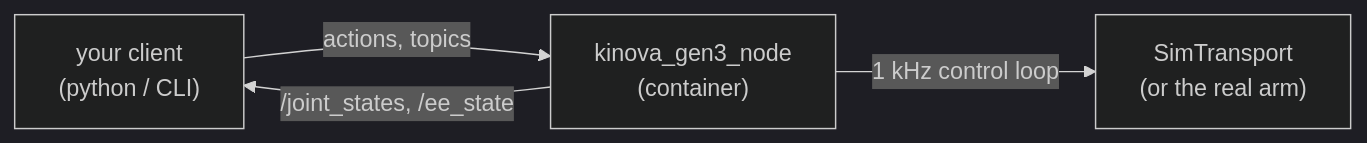
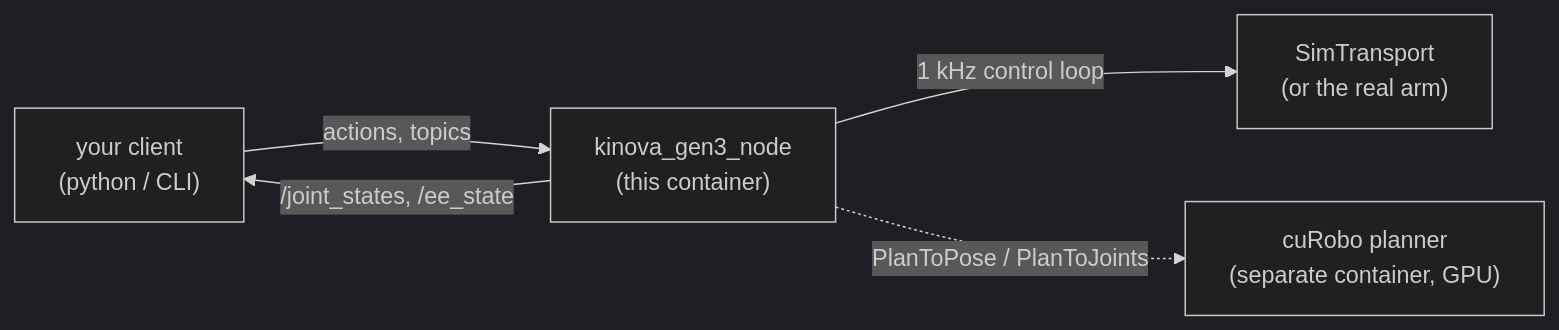
Before and after one commit to rammp-org/kinova-gen3-ros2: the first of 2 diagrams in docs/getting-started.mdx, drawn with Mermaid (dark theme). The commit also changed other lines of this file and 1 other file, not shown here.

````diff
--- a/docs/getting-started.mdx
+++ b/docs/getting-started.mdx
@@ -13,6 +13,7 @@
 ```mermaid
 flowchart LR
-  You["your client<br/>(python / CLI)"] -- "actions, topics" --> Node["kinova_gen3_node<br/>(container)"]
+  You["your client<br/>(python / CLI)"] -- "actions, topics" --> Node["kinova_gen3_node<br/>(this container)"]
   Node -- "1 kHz control loop" --> Arm["SimTransport<br/>(or the real arm)"]
   Node -- "/joint_states, /ee_state" --> You
+  Node -. "PlanToPose / PlanToJoints" .-> Planner["cuRobo planner<br/>(separate container, GPU)"]
 ```
````
